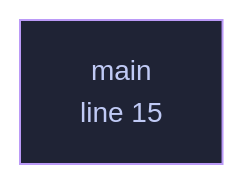
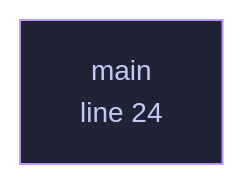
Before and after one commit to tilas01/veilvoice: the diagram in wiki/File-veilvoice-core-examples-veil_a_buffer.md, drawn with Mermaid. The commit also changed other lines of this file and 487 other files, not shown here.

````diff
--- a/wiki/File-veilvoice-core-examples-veil_a_buffer.md
+++ b/wiki/File-veilvoice-core-examples-veil_a_buffer.md
@@ -30,8 +30,8 @@
 ```mermaid
 %%{init: {"theme":"base","themeVariables":{"background":"#1a1b26","primaryColor":"#1f2335","primaryTextColor":"#c0caf5","primaryBorderColor":"#7aa2f7","secondaryColor":"#16161e","tertiaryColor":"#16161e","lineColor":"#737aa2","textColor":"#c0caf5","mainBkg":"#1f2335","nodeBorder":"#7aa2f7","clusterBkg":"#16161e","clusterBorder":"#2f3549","fontFamily":"ui-monospace, SFMono-Regular, Consolas, monospace","fontSize":"14px"}}}%%
 flowchart TD
-    n_main["main<br/>line 15"]
-    click n_main href "https://github.com/tilas01/veilvoice/blob/main/crates/veilvoice-core/examples/veil_a_buffer.rs#L15" "open the source"
+    n_main["main<br/>line 24"]
+    click n_main href "https://github.com/tilas01/veilvoice/blob/main/crates/veilvoice-core/examples/veil_a_buffer.rs#L24" "open the source"
     classDef helper fill:#1f2335,stroke:#bb9af7,color:#c0caf5
     class n_main helper
 ```
````
